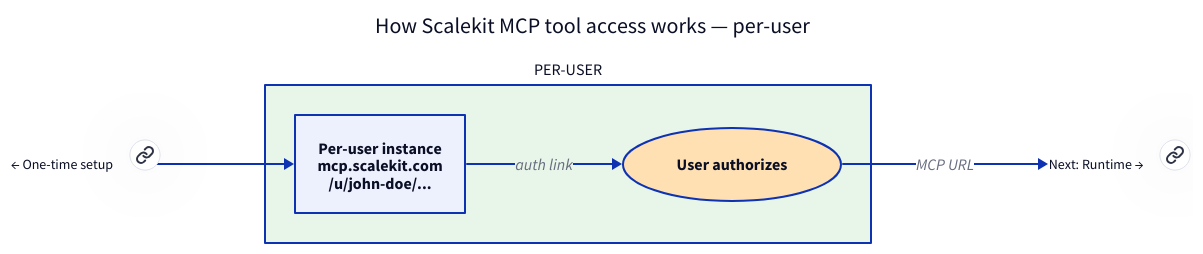
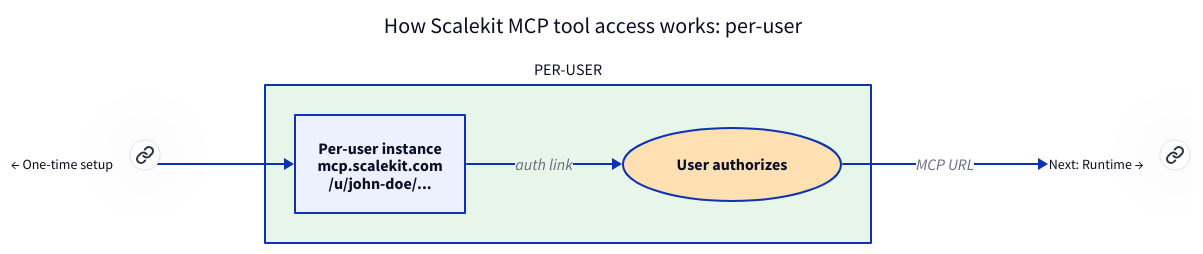
The second of 3 diagrams in src/content/docs/agentkit/mcp/configure-mcp-server.mdx (scalekit-inc/developer-docs), drawn with D2 before and after one commit. The commit also changed other lines of this file and 159 other files, not shown here.

````diff
--- a/src/content/docs/agentkit/mcp/configure-mcp-server.mdx
+++ b/src/content/docs/agentkit/mcp/configure-mcp-server.mdx
@@ -82,41 +82,41 @@
 ```d2 pad=48
 direction: right
 
-title: "How Scalekit MCP tool access works — per-user" {
+title: "How Scalekit MCP tool access works: per-user" {
   near: top-center
   shape: text
   style.font-size: 22
 }
 
 prev_flow: "← One-time setup" {
   shape: text
   style.font-size: 14
   link: "#one-time-setup"
 }
 
 per_user: {
   label: "PER-USER"
   style.fill: "#E8F5E9"
   style.font-size: 16
 
   instance: "Per-user instance\nmcp.scalekit.com\n/u/john-doe/..." {
     shape: rectangle
     style.font-size: 16
   }
   user_auth: "User authorizes" {
     shape: oval
     style.fill: "#FFE0B2"
     style.font-size: 16
   }
   instance -> user_auth: auth link
 }
 
 next_flow: "Next: Runtime →" {
   shape: text
   style.font-size: 14
   link: "#runtime"
 }
 
 prev_flow -> per_user.instance
 per_user.user_auth -> next_flow: MCP URL
 ```
````
